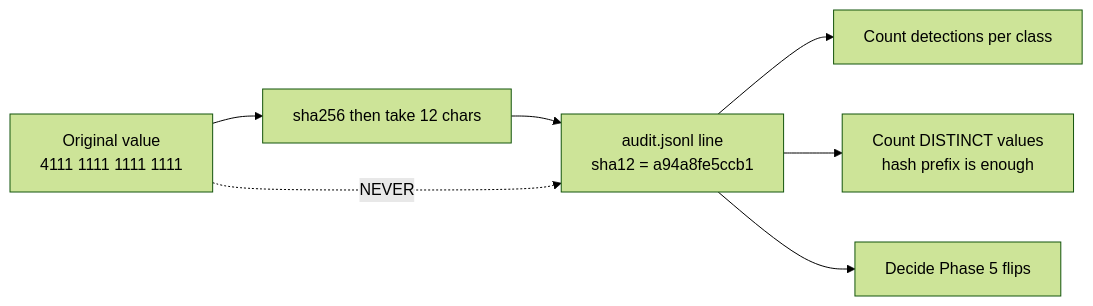
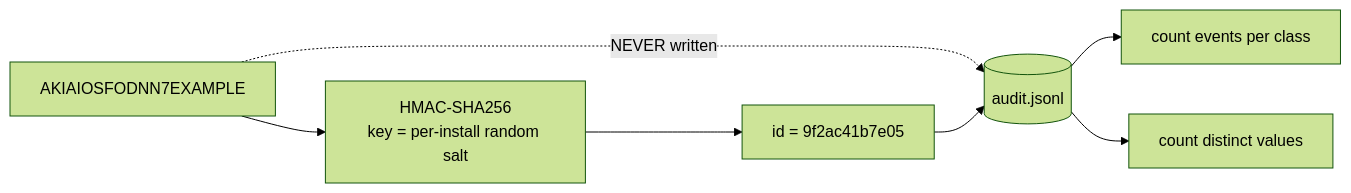
Before and after one commit to swinalkm/PIIGuardrail: the ninth of 13 diagrams in docs/WORKFLOW.md, drawn with Mermaid (forest theme). The commit also changed other lines of this file and 11 other files, not shown here.

````diff
--- a/docs/WORKFLOW.md
+++ b/docs/WORKFLOW.md
@@ -411,10 +297,9 @@
 ```mermaid
 flowchart LR
-    ORIG["Original value<br/>4111 1111 1111 1111"] --> HASH["sha256 then take 12 chars"]
-    HASH --> LINE["audit.jsonl line<br/>sha12 = a94a8fe5ccb1"]
-    ORIG -.->|NEVER| LINE
-
-    LINE --> USE1["Count detections per class"]
-    LINE --> USE2["Count DISTINCT values<br/>hash prefix is enough"]
-    LINE --> USE3["Decide Phase 5 flips"]
+    V["AKIAIOSFODNN7EXAMPLE"] --> H["HMAC-SHA256<br/>key = per-install random salt"]
+    H --> ID["id = 9f2ac41b7e05"]
+    V -.->|NEVER written| LOG[("audit.jsonl")]
+    ID --> LOG
+    LOG --> U1["count events per class"]
+    LOG --> U2["count distinct values"]
 ```
````
